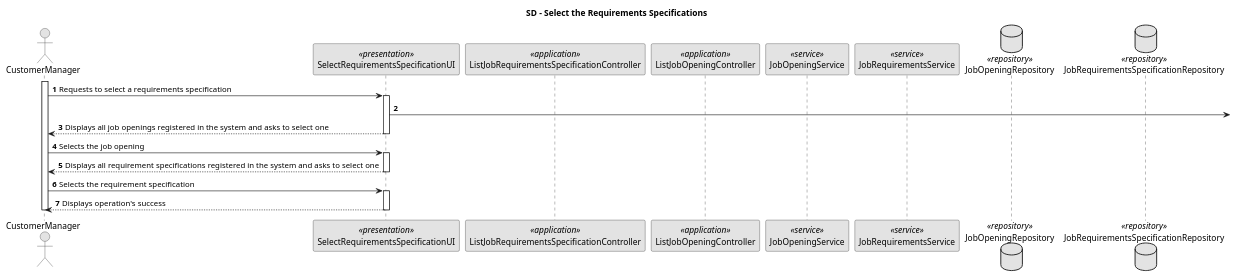
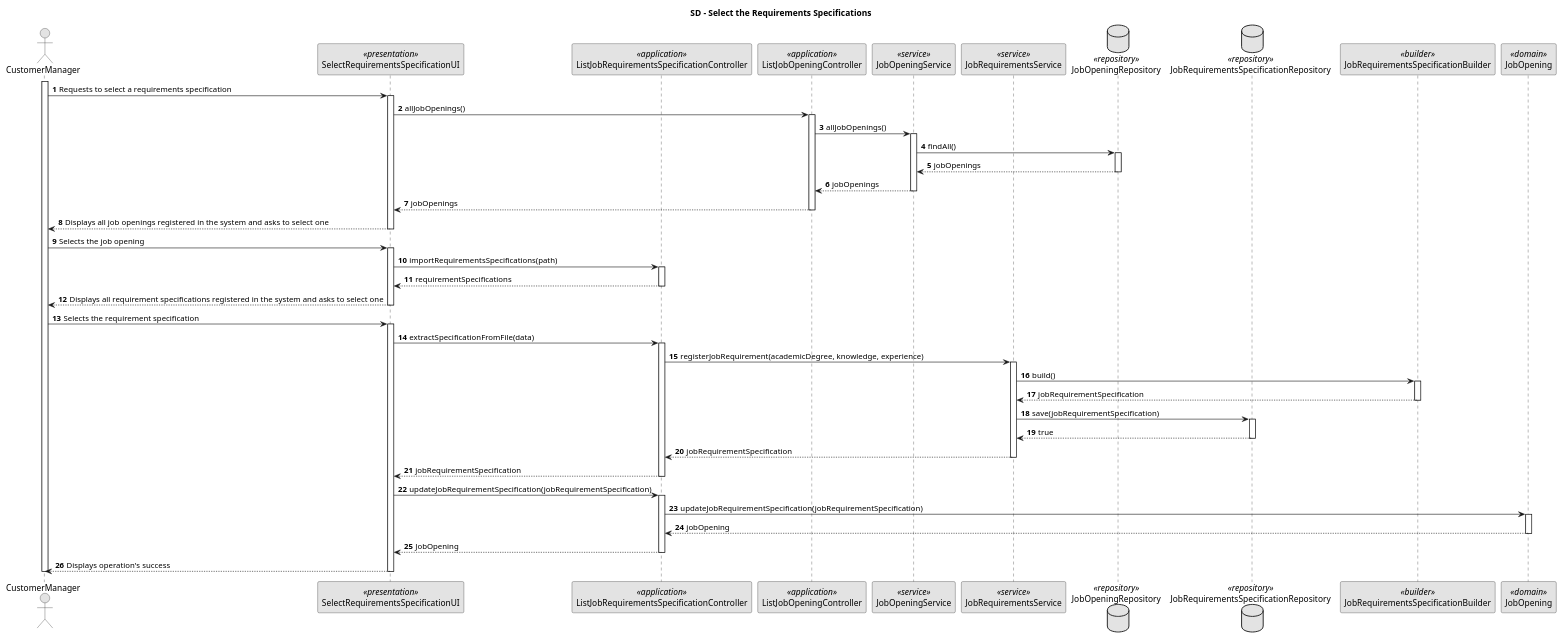
Before and after one commit to MiguelCardoso77/LAPR4: the diagram in docs/SprintB/select-the-requirements-specification/sequence-diagram.puml, drawn with PlantUML. The commit also changed 23 other files, not shown here.

Commit message:
SD from the uc Requirements Specification #15

```diff
--- a/docs/SprintB/select-the-requirements-specification/sequence-diagram.puml
+++ b/docs/SprintB/select-the-requirements-specification/sequence-diagram.puml
@@ -1,55 +1,140 @@
 @startuml
 skinparam monochrome true
 skinparam packageStyle rectangle
 skinparam shadowing false
 
 autonumber
 
 title SD - Select the Requirements Specifications
 
 'hide footbox
 
 actor CustomerManager
 
 participant SelectRequirementsSpecificationUI <<presentation>>
 
 participant ListJobRequirementsSpecificationController <<application>>
 participant ListJobOpeningController <<application>>
 
 participant JobOpeningService <<service>>
 participant JobRequirementsService <<service>>
 
 database JobOpeningRepository <<repository>>
 database JobRequirementsSpecificationRepository <<repository>>
 
+participant JobRequirementsSpecificationBuilder <<builder>>
+
+participant JobOpening <<domain>>
+
 activate CustomerManager
 
 CustomerManager -> SelectRequirementsSpecificationUI : Requests to select a requirements specification
 
 activate SelectRequirementsSpecificationUI
 
-SelectRequirementsSpecificationUI -> 
+SelectRequirementsSpecificationUI -> ListJobOpeningController : allJobOpenings()
+
+activate ListJobOpeningController
+
+ListJobOpeningController -> JobOpeningService : allJobOpenings()
+
+activate JobOpeningService
+
+JobOpeningService -> JobOpeningRepository : findAll()
+
+activate JobOpeningRepository
+
+JobOpeningRepository --> JobOpeningService : jobOpenings
+
+
+deactivate JobOpeningRepository
+
+JobOpeningService --> ListJobOpeningController : jobOpenings
+
+deactivate JobOpeningService
+
+ListJobOpeningController --> SelectRequirementsSpecificationUI : jobOpenings
+
+deactivate ListJobOpeningController
+
 
 SelectRequirementsSpecificationUI --> CustomerManager : Displays all job openings registered in the system and asks to select one
 
 deactivate SelectRequirementsSpecificationUI
 
 CustomerManager -> SelectRequirementsSpecificationUI : Selects the job opening
 
 activate SelectRequirementsSpecificationUI
 
+SelectRequirementsSpecificationUI -> ListJobRequirementsSpecificationController : importRequirementsSpecifications(path)
+
+activate ListJobRequirementsSpecificationController
+
+ListJobRequirementsSpecificationController --> SelectRequirementsSpecificationUI : requirementSpecifications
+
+deactivate ListJobRequirementsSpecificationController
+
 SelectRequirementsSpecificationUI --> CustomerManager : Displays all requirement specifications registered in the system and asks to select one
 
 deactivate SelectRequirementsSpecificationUI
 
 CustomerManager -> SelectRequirementsSpecificationUI : Selects the requirement specification
 
 activate SelectRequirementsSpecificationUI
 
+SelectRequirementsSpecificationUI -> ListJobRequirementsSpecificationController : extractSpecificationFromFile(data)
+
+activate ListJobRequirementsSpecificationController
+
+ListJobRequirementsSpecificationController -> JobRequirementsService : registerJobRequirement(academicDegree, knowledge, experience)
+
+activate JobRequirementsService
+
+JobRequirementsService -> JobRequirementsSpecificationBuilder : build()
+
+activate JobRequirementsSpecificationBuilder
+
+JobRequirementsSpecificationBuilder --> JobRequirementsService : jobRequirementSpecification
+
+deactivate JobRequirementsSpecificationBuilder
+
+JobRequirementsService -> JobRequirementsSpecificationRepository : save(jobRequirementSpecification)
+
+activate JobRequirementsSpecificationRepository
+
+JobRequirementsSpecificationRepository --> JobRequirementsService : true
+
+deactivate JobRequirementsSpecificationRepository
+
+JobRequirementsService --> ListJobRequirementsSpecificationController : jobRequirementSpecification
+
+deactivate JobRequirementsService
+
+ListJobRequirementsSpecificationController --> SelectRequirementsSpecificationUI : jobRequirementSpecification
+
+deactivate ListJobRequirementsSpecificationController
+
+SelectRequirementsSpecificationUI -> ListJobRequirementsSpecificationController : updateJobRequirementSpecification(jobRequirementSpecification)
+
+activate ListJobRequirementsSpecificationController
+
+ListJobRequirementsSpecificationController -> JobOpening : updateJobRequirementSpecification(jobRequirementSpecification)
+
+activate JobOpening
+
+JobOpening --> ListJobRequirementsSpecificationController : jobOpening
+
+deactivate JobOpening
+
+ListJobRequirementsSpecificationController --> SelectRequirementsSpecificationUI : JobOpening
+
+deactivate ListJobRequirementsSpecificationController
+
+
 SelectRequirementsSpecificationUI --> CustomerManager : Displays operation's success
 
 deactivate SelectRequirementsSpecificationUI
 
 deactivate CustomerManager
 
 @enduml
```
